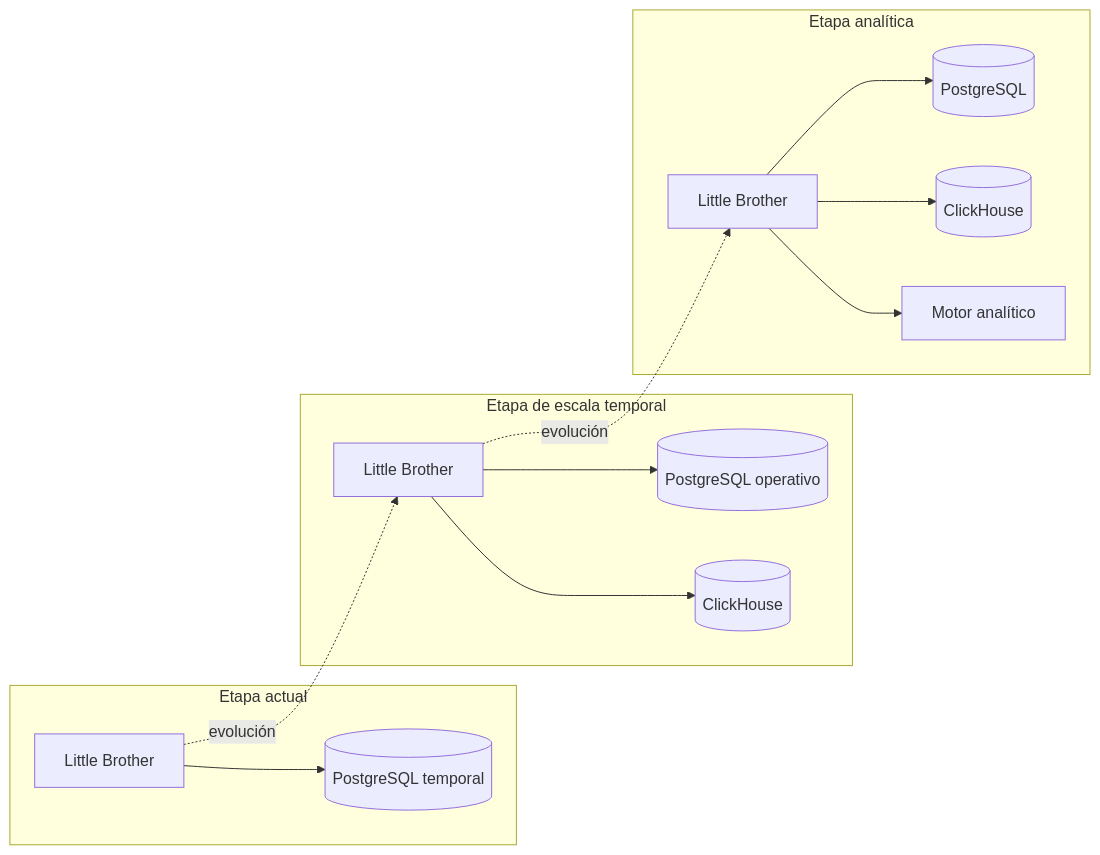
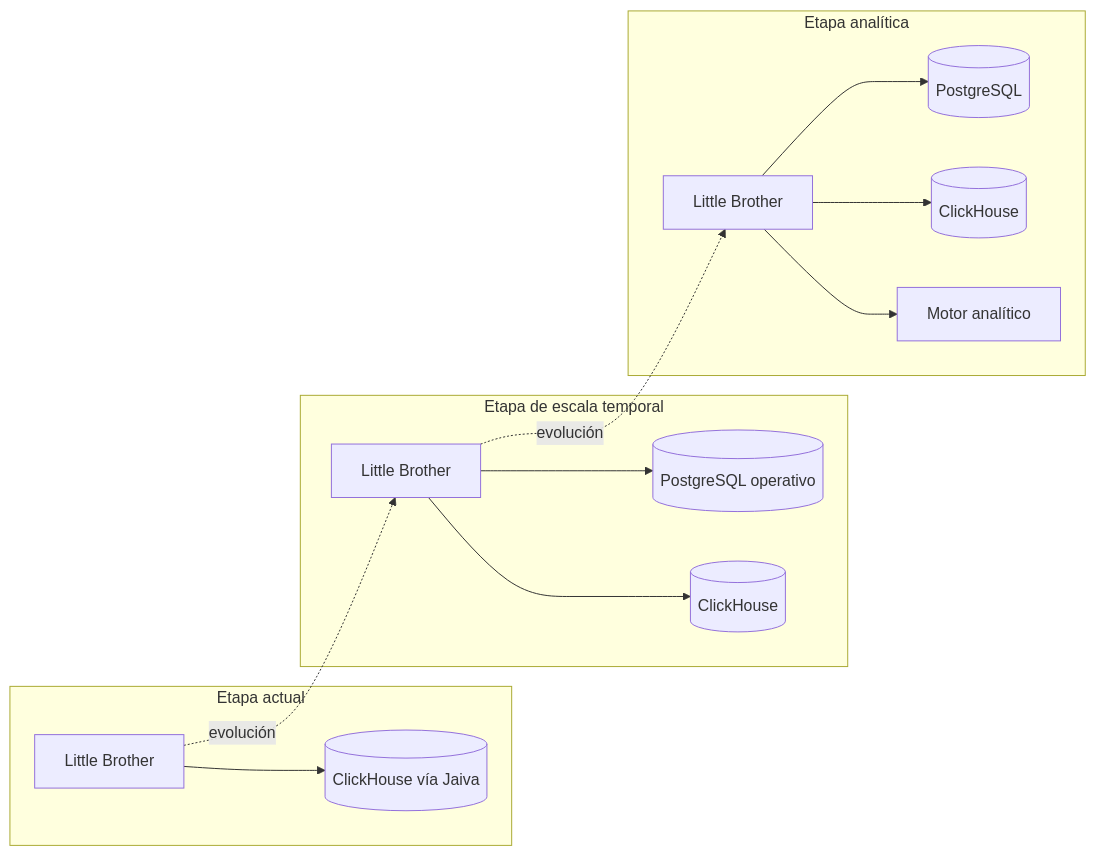
The eighth of 9 diagrams in core/rs/ARCHITECTURE.md (dfr2098/broder), drawn with Mermaid before and after one commit. The commit also changed other lines of this file and 28 other files, not shown here.

First line of the commit message:
Replace PostgreSQL temporal store with ClickHouse via Jaiva.

````diff
--- a/core/rs/ARCHITECTURE.md
+++ b/core/rs/ARCHITECTURE.md
@@ -337,20 +338,20 @@
 ```mermaid
 flowchart LR
     subgraph F1[Etapa actual]
-        B1[Little Brother] --> P1[(PostgreSQL temporal)]
+        B1[Little Brother] --> P1[(ClickHouse vía Jaiva)]
     end
 
     subgraph F2[Etapa de escala temporal]
         B2[Little Brother] --> P2[(PostgreSQL operativo)]
         B2 --> C2[(ClickHouse)]
     end
 
     subgraph F3[Etapa analítica]
         B3[Little Brother] --> P3[(PostgreSQL)]
         B3 --> C3[(ClickHouse)]
         B3 --> A3[Motor analítico]
     end
 
     B1 -. evolución .-> B2
     B2 -. evolución .-> B3
 ```
````
